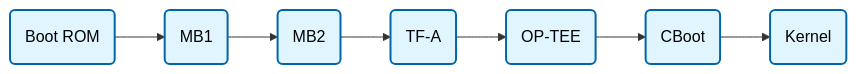
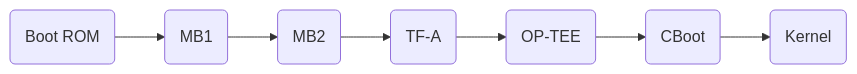
Before and after one commit to Singh-Somesh/CodetoCore: the diagram in content/posts/secure-boot-pitfalls.md, drawn with Mermaid.

Commit message:
Update post: Why Your Secure Boot Probably Isn't Actually Secure; Modified next task info

````diff
--- a/content/posts/secure-boot-pitfalls.md
+++ b/content/posts/secure-boot-pitfalls.md
@@ -269,13 +269,9 @@
-```mermaid
+{{< mermaid >}}
 flowchart LR
     A(Boot ROM) --> B(MB1)
     B --> C(MB2)
     C --> D(TF-A)
     D --> E(OP-TEE)
     E --> F(CBoot)
-    G(Kernel)
-    F --> G
-    
-    classDef stage fill:#e1f5ff,stroke:#0066aa,stroke-width:2px,color:#000
-    class A,B,C,D,E,F,G stage
-```
+    F --> G(Kernel)
+{{< /mermaid >}}
````
